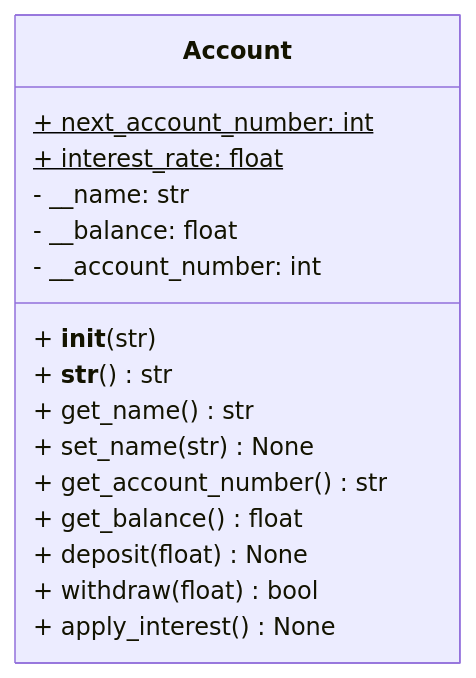
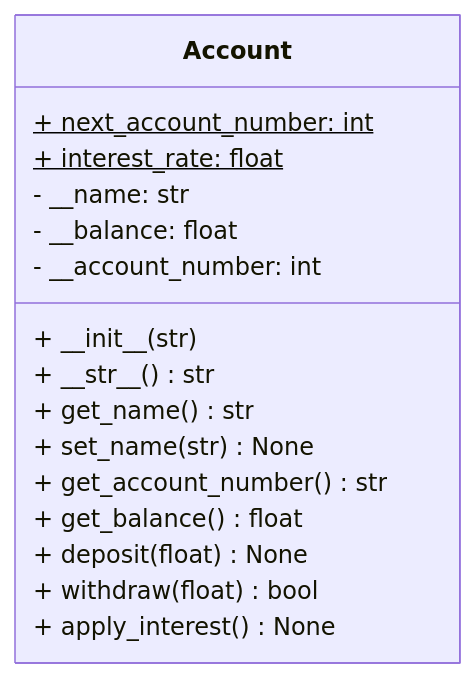
Before and after one commit to isf-dp-cs/isf-dp-cs.github.io: the fourth of 5 diagrams in content/new_syllabus/unit_03_oop/02_encapsulation/_index.md, drawn with Mermaid. The commit also changed other lines of this file and 2 other files, not shown here.

Commit message:
trying to figure out mermaid underline issue

```diff
--- a/content/new_syllabus/unit_03_oop/02_encapsulation/_index.md
+++ b/content/new_syllabus/unit_03_oop/02_encapsulation/_index.md
@@ -211,19 +211,19 @@
 {{< mermaid >}}
 classDiagram
     class Account {
         + next_account_number: int$
         + interest_rate: float$
         - __name: str
         - __balance: float
         - __account_number: int
-        + __init__(str)
-        + __str__() str
+        + \_\_init__(str)
+        + \_\_str__() str
         + get_name() str
         + set_name(str) None
         + get_account_number() str
         + get_balance() float
         + deposit(float) None
         + withdraw(float) bool
         + apply_interest() None
     }
 {{< /mermaid >}}
```
